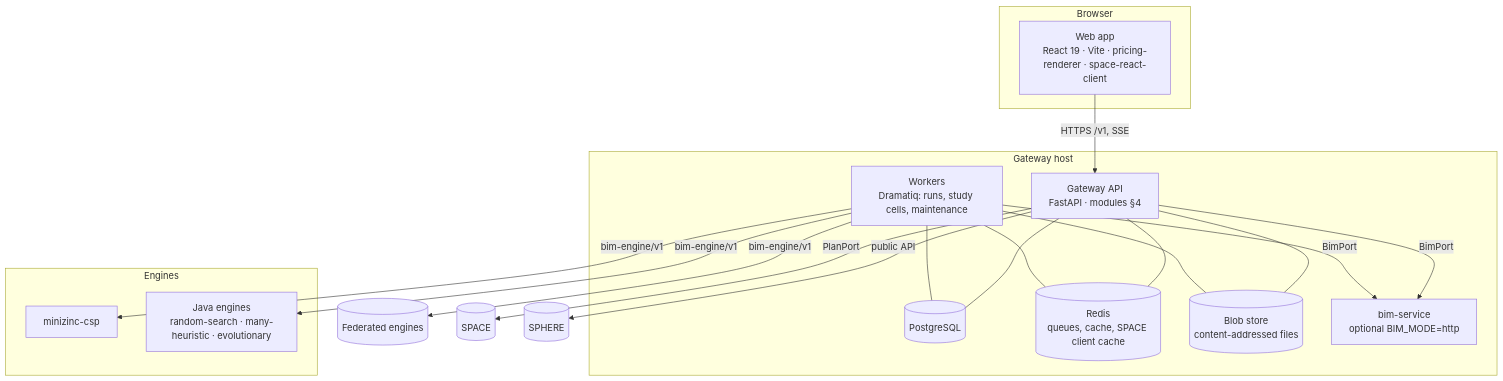
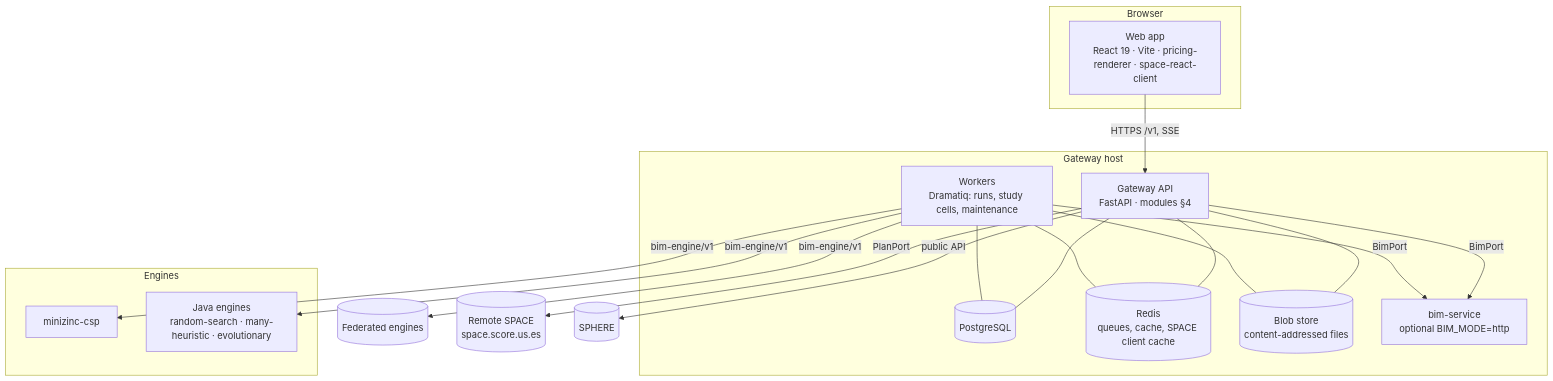
Before and after one commit to isa-group/OpenBinding: the second of 6 diagrams in docs/ARCHITECTURE.md, drawn with Mermaid. The commit also changed other lines of this file and 4 other files, not shown here.

````diff
--- a/docs/ARCHITECTURE.md
+++ b/docs/ARCHITECTURE.md
@@ -74,26 +73,26 @@
 ```mermaid
 flowchart TB
   subgraph Browser
     WEB[Web app<br/>React 19 · Vite · pricing-renderer · space-react-client]
   end
   subgraph Gateway host
     API[Gateway API<br/>FastAPI · modules §4]
     WRK[Workers<br/>Dramatiq: runs, study cells, maintenance]
     PG[(PostgreSQL)]
     RD[(Redis<br/>queues, cache, SPACE client cache)]
     BL[(Blob store<br/>content-addressed files)]
     BIM[bim-service<br/>optional BIM_MODE=http]
   end
   subgraph Engines
     MZ[minizinc-csp]
     JV[Java engines<br/>random-search · many-heuristic · evolutionary]
   end
   WEB -- HTTPS /v1, SSE --> API
   API --- PG & RD & BL
   WRK --- PG & RD & BL
   API & WRK -- BimPort --> BIM
   WRK -- bim-engine/v1 --> MZ & JV
   WRK -- bim-engine/v1 --> FED[(Federated engines)]
-  API -- PlanPort --> SPA[(SPACE)]
+  API -- PlanPort --> SPA[(Remote SPACE<br/>space.score.us.es)]
   API -- public API --> SPH[(SPHERE)]
 ```
````
